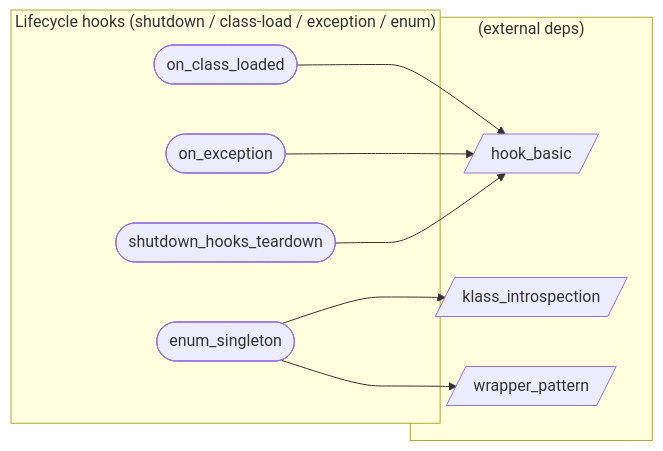
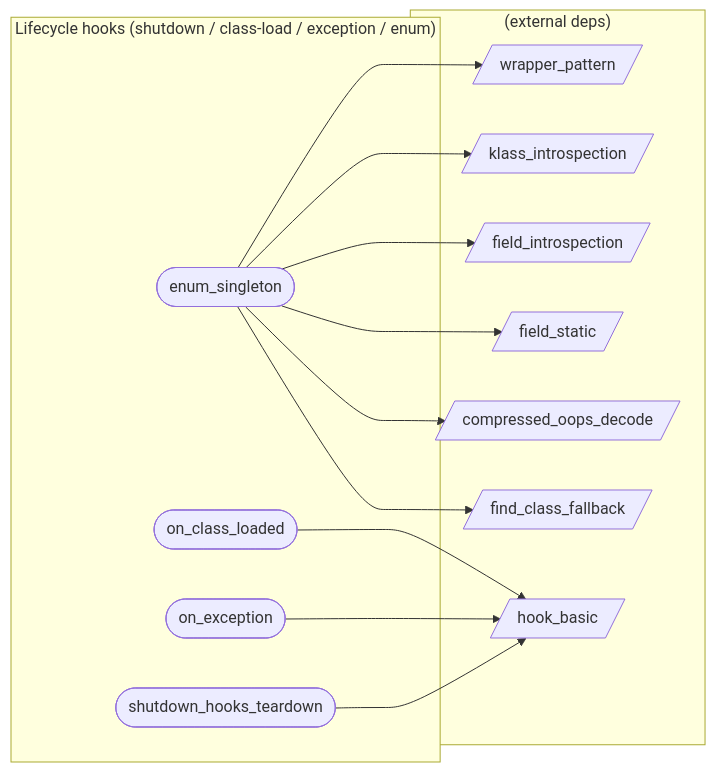
The diagram in audit/graph/categories/lifecycle.md (xxxnpno/VMHook), drawn with Mermaid before and after one commit. The commit also changed other lines of this file and 89 other files, not shown here.

````diff
--- a/audit/graph/categories/lifecycle.md
+++ b/audit/graph/categories/lifecycle.md
@@ -21,19 +21,27 @@
 ```mermaid
 flowchart LR
   subgraph lifecycle["Lifecycle hooks (shutdown / class-load / exception / enum)"]
     enum_singleton([enum_singleton])
     on_class_loaded([on_class_loaded])
     on_exception([on_exception])
     shutdown_hooks_teardown([shutdown_hooks_teardown])
   end
   subgraph external["(external deps)"]
+    compressed_oops_decode[/compressed_oops_decode/]
+    field_introspection[/field_introspection/]
+    field_static[/field_static/]
+    find_class_fallback[/find_class_fallback/]
     hook_basic[/hook_basic/]
     klass_introspection[/klass_introspection/]
     wrapper_pattern[/wrapper_pattern/]
   end
   enum_singleton --> wrapper_pattern
   enum_singleton --> klass_introspection
+  enum_singleton --> field_introspection
+  enum_singleton --> field_static
+  enum_singleton --> compressed_oops_decode
+  enum_singleton --> find_class_fallback
   on_class_loaded --> hook_basic
   on_exception --> hook_basic
   shutdown_hooks_teardown --> hook_basic
 ```
````
